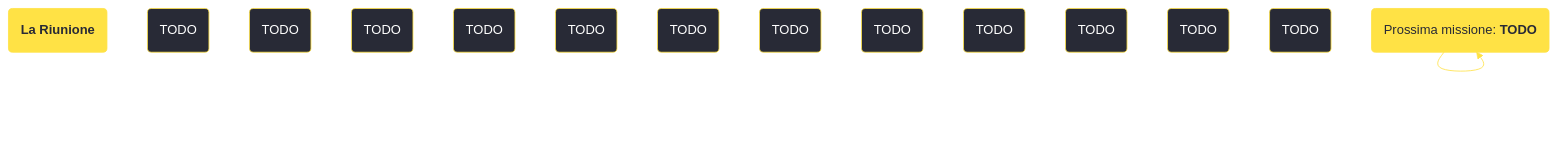
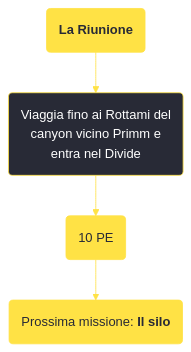
Before and after one commit to persy/wastelander: the diagram in content/voci/fallout new vegas/missioni/La Riunione.md, drawn with Mermaid. The commit also changed other lines of this file and 174 other files, not shown here.

````diff
--- a/content/voci/fallout new vegas/missioni/La Riunione.md
+++ b/content/voci/fallout new vegas/missioni/La Riunione.md
@@ -32,24 +32,14 @@
 ```mermaid
 %%{init: {'theme': 'base', 'themeVariables': { 'primaryColor': '#282a36', 'primaryBorderColor': '#ffe245', 'primaryTextColor': '#fff', 'lineColor': '#ffe245', 'fontFamily': 'Jura'}}}%%
 graph TD;
     id1(<b>La Riunione</b>):::questfnv
-    id2(TODO)
-    id3(TODO)
-    id4(TODO)
-    id5(TODO)
-    id6(TODO)
-    id7(TODO) 
-    id8(TODO)
-    id9(TODO)
-    id10(TODO)
-    id11(TODO)
-    id12(TODO)
-    id13(TODO) 
-    id(TODO):::rewardfnv
-    id(Prossima missione: <b>TODO</b>):::questfnv
-    id-->id-->id-->id-->id-->id-->id
+    id2(Viaggia fino ai Rottami del <br />canyon vicino Primm e <br />entra nel Divide)
+    id3(10 PE):::rewardfnv
+    id4(Prossima missione: <b>Il silo</b>):::questfnv
     
-    click id "../TODO"
+    id1-->id2-->id3-->id4
+    
+    click id4 "../il-silo"
     classDef rewardfnv fill:#ffe245, stroke:#ffe245, color:#282a36;
     classDef questfnv fill:#ffe245, stroke:#ffe245, color:#282a36;
 ```
````
